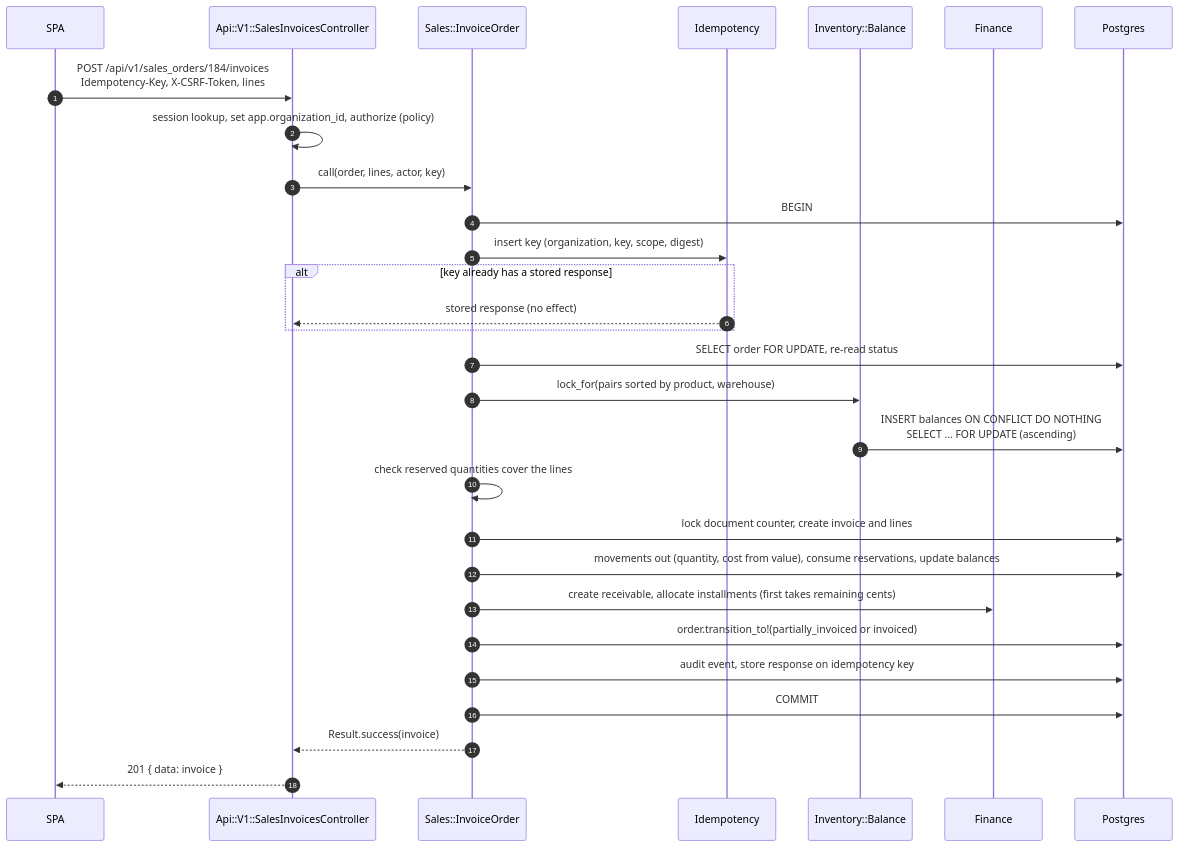
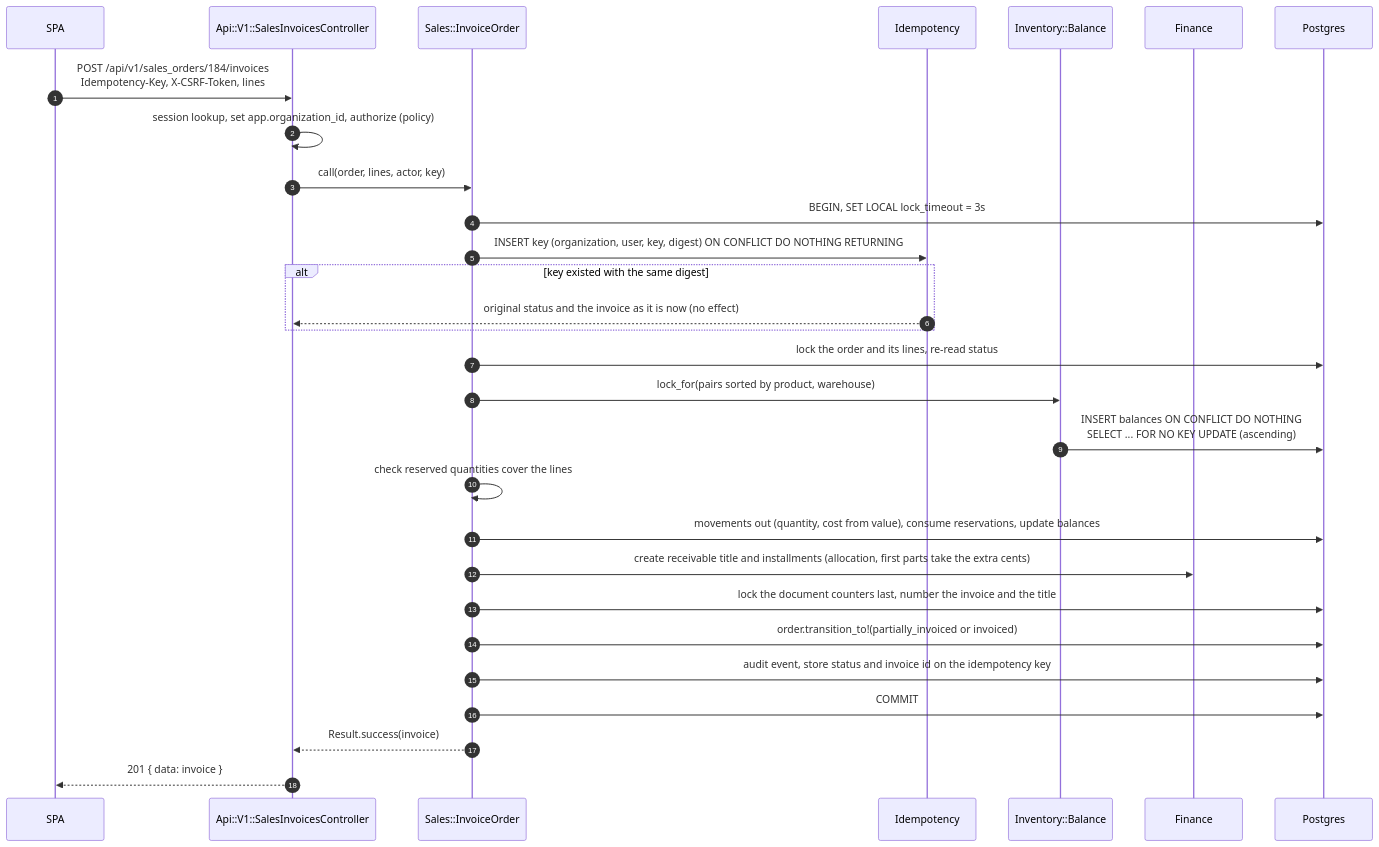
One commit to TiagosailE/alicerce changed the fourth of 4 diagrams in docs/architecture.md. Above: the diagram before and after it, drawn with Mermaid. The commit also changed other lines of this file and 5 other files, not shown here.

First line of the commit message:
docs: align scope, architecture, threat model and security with the revised decisions

````diff
--- a/docs/architecture.md
+++ b/docs/architecture.md
@@ -140,32 +140,32 @@
 ```mermaid
 sequenceDiagram
   autonumber
   participant SPA
   participant API as Api::V1::SalesInvoicesController
   participant Cmd as Sales::InvoiceOrder
   participant Idem as Idempotency
   participant Inv as Inventory::Balance
   participant Fin as Finance
   participant DB as Postgres
 
   SPA->>API: POST /api/v1/sales_orders/184/invoices<br/>Idempotency-Key, X-CSRF-Token, lines
   API->>API: session lookup, set app.organization_id, authorize (policy)
   API->>Cmd: call(order, lines, actor, key)
-  Cmd->>DB: BEGIN
-  Cmd->>Idem: insert key (organization, key, scope, digest)
-  alt key already has a stored response
-    Idem-->>API: stored response (no effect)
+  Cmd->>DB: BEGIN, SET LOCAL lock_timeout = 3s
+  Cmd->>Idem: INSERT key (organization, user, key, digest) ON CONFLICT DO NOTHING RETURNING
+  alt key existed with the same digest
+    Idem-->>API: original status and the invoice as it is now (no effect)
   end
-  Cmd->>DB: SELECT order FOR UPDATE, re-read status
+  Cmd->>DB: lock the order and its lines, re-read status
   Cmd->>Inv: lock_for(pairs sorted by product, warehouse)
-  Inv->>DB: INSERT balances ON CONFLICT DO NOTHING<br/>SELECT ... FOR UPDATE (ascending)
+  Inv->>DB: INSERT balances ON CONFLICT DO NOTHING<br/>SELECT ... FOR NO KEY UPDATE (ascending)
   Cmd->>Cmd: check reserved quantities cover the lines
-  Cmd->>DB: lock document counter, create invoice and lines
   Cmd->>DB: movements out (quantity, cost from value), consume reservations, update balances
-  Cmd->>Fin: create receivable, allocate installments (first takes remaining cents)
+  Cmd->>Fin: create receivable title and installments (allocation, first parts take the extra cents)
+  Cmd->>DB: lock the document counters last, number the invoice and the title
   Cmd->>DB: order.transition_to!(partially_invoiced or invoiced)
-  Cmd->>DB: audit event, store response on idempotency key
+  Cmd->>DB: audit event, store status and invoice id on the idempotency key
   Cmd->>DB: COMMIT
   Cmd-->>API: Result.success(invoice)
   API-->>SPA: 201 { data: invoice }
 ```
````
